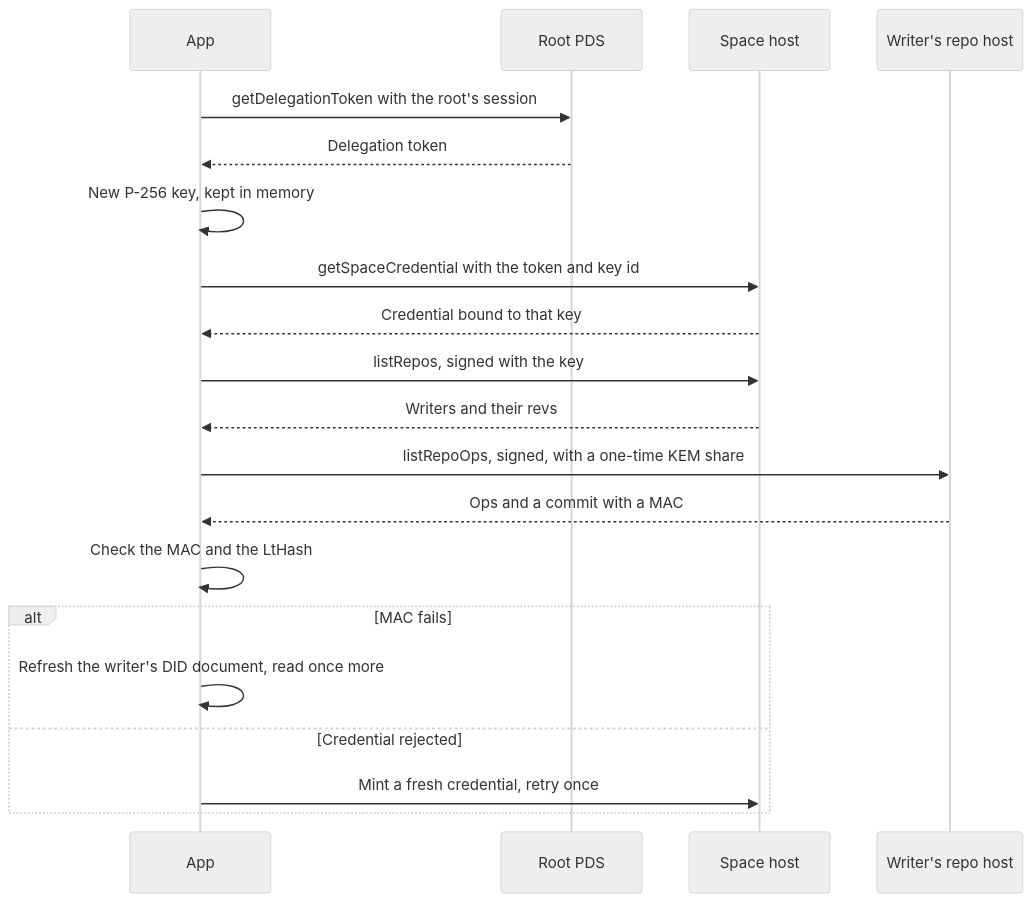
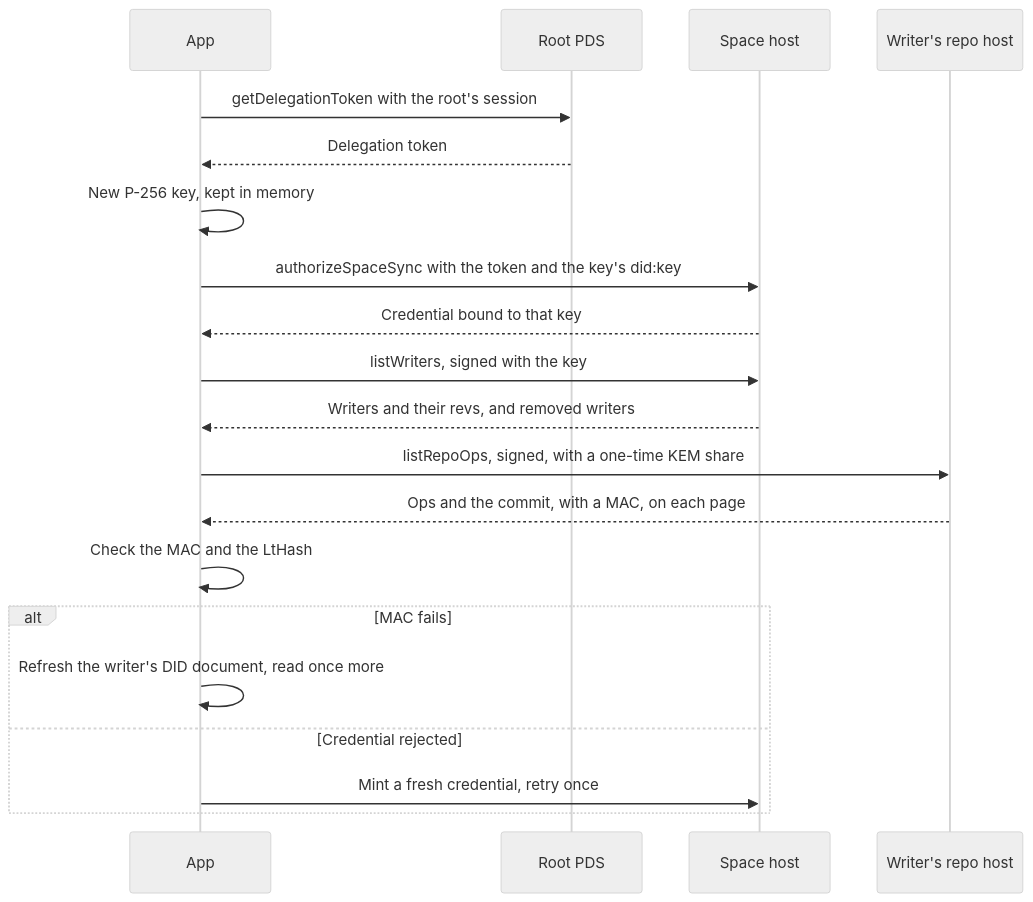
One commit to cutenode/localnetwork changed the second of 8 diagrams in apps/web/docs/diagrams/spaces.md. Above: the diagram before and after it, drawn with Mermaid (neutral theme). The commit also changed other lines of this file and 59 other files, not shown here.

````diff
--- a/apps/web/docs/diagrams/spaces.md
+++ b/apps/web/docs/diagrams/spaces.md
@@ -44,22 +44,22 @@
 ```mermaid
 sequenceDiagram
   participant A as App
   participant R as Root PDS
   participant H as Space host
   participant W as Writer's repo host
   A->>R: getDelegationToken with the root's session
   R-->>A: Delegation token
   A->>A: New P-256 key, kept in memory
-  A->>H: getSpaceCredential with the token and key id
+  A->>H: authorizeSpaceSync with the token and the key's did:key
   H-->>A: Credential bound to that key
-  A->>H: listRepos, signed with the key
-  H-->>A: Writers and their revs
+  A->>H: listWriters, signed with the key
+  H-->>A: Writers and their revs, and removed writers
   A->>W: listRepoOps, signed, with a one-time KEM share
-  W-->>A: Ops and a commit with a MAC
+  W-->>A: Ops and the commit, with a MAC, on each page
   A->>A: Check the MAC and the LtHash
   alt MAC fails
     A->>A: Refresh the writer's DID document, read once more
   else Credential rejected
     A->>H: Mint a fresh credential, retry once
   end
 ```
````
